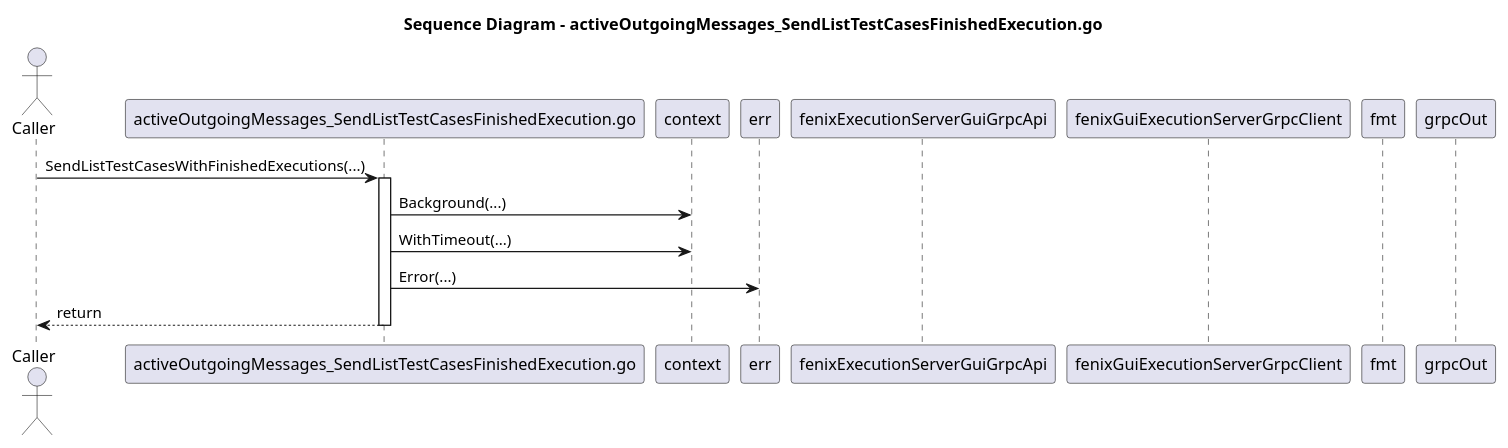
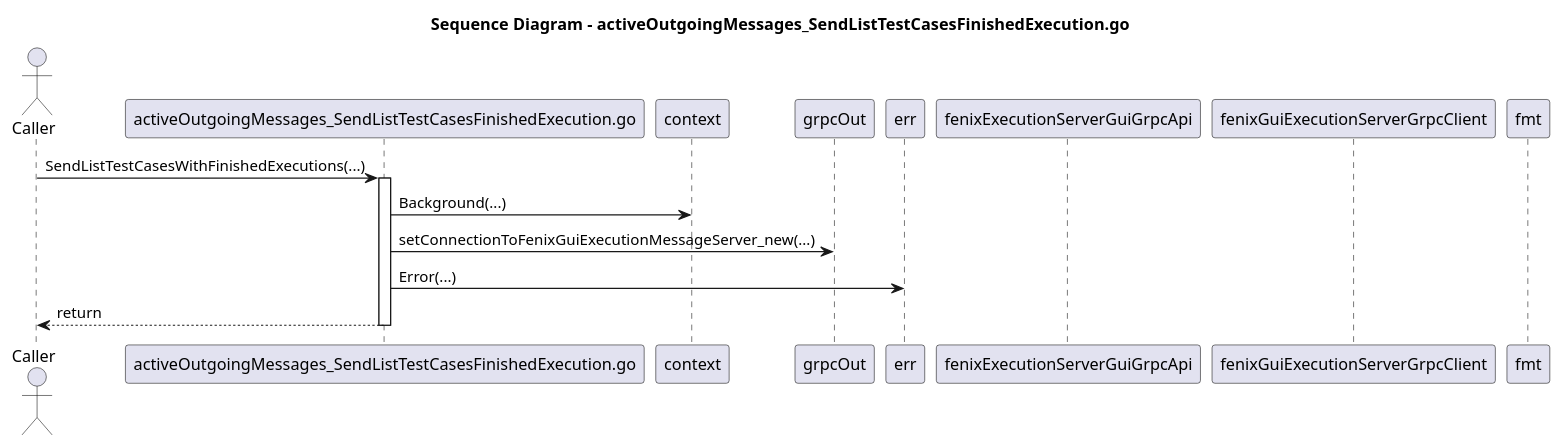
The diagram in grpc_out_GuiExecutionServer/docs/activeOutgoingMessages_SendListTestCasesFinishedExecution_sequence.puml (jlambert68/FenixTesterGui), drawn with PlantUML before and after one commit. The commit also changed 707 other files, not shown here.

Commit message:
Added md-files, activity-diagrams and sequence-diagrams for all go-files, v3

```diff
--- a/grpc_out_GuiExecutionServer/docs/activeOutgoingMessages_SendListTestCasesFinishedExecution_sequence.puml
+++ b/grpc_out_GuiExecutionServer/docs/activeOutgoingMessages_SendListTestCasesFinishedExecution_sequence.puml
@@ -1,18 +1,18 @@
 @startuml
 title Sequence Diagram - activeOutgoingMessages_SendListTestCasesFinishedExecution.go
 actor Caller
 participant "activeOutgoingMessages_SendListTestCasesFinishedExecution.go" as File
 participant "context" as context
+participant "grpcOut" as grpcOut
 participant "err" as err
 participant "fenixExecutionServerGuiGrpcApi" as fenixExecutionServerGuiGrpcApi
 participant "fenixGuiExecutionServerGrpcClient" as fenixGuiExecutionServerGrpcClient
 participant "fmt" as fmt
-participant "grpcOut" as grpcOut
 Caller -> File: SendListTestCasesWithFinishedExecutions(...)
 activate File
 File -> context: Background(...)
-File -> context: WithTimeout(...)
+File -> grpcOut: setConnectionToFenixGuiExecutionMessageServer_new(...)
 File -> err: Error(...)
 File --> Caller: return
 deactivate File
 @enduml
```
